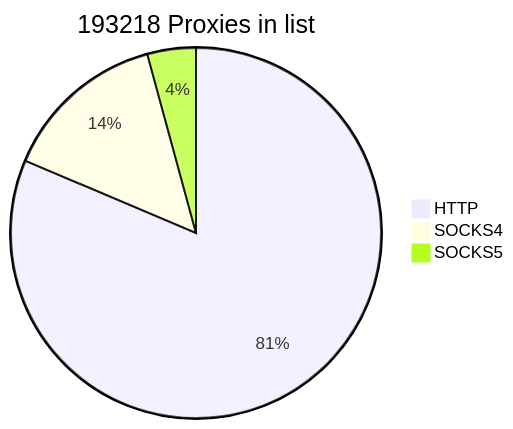
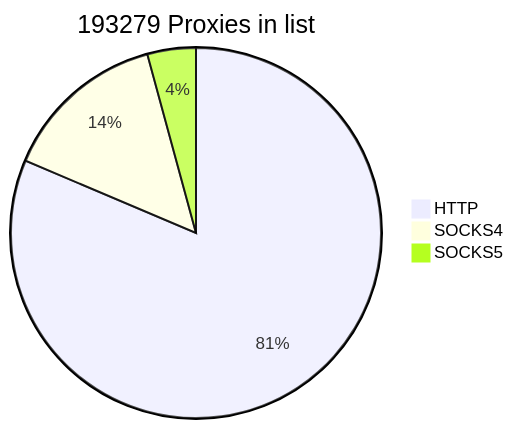
The first of 2 diagrams in README.md (cutipu/proxylist), drawn with Mermaid before and after one commit. The commit also changed other lines of this file, not shown here.

````diff
--- a/README.md
+++ b/README.md
@@ -2,7 +2,7 @@
 ```mermaid
-pie title 193218 Proxies in list
-    "HTTP" : 157234
-    "SOCKS4" : 27804
-    "SOCKS5" : 8180
+pie title 193279 Proxies in list
+    "HTTP" : 157298
+    "SOCKS4" : 27802
+    "SOCKS5" : 8179
             
 ```
````
